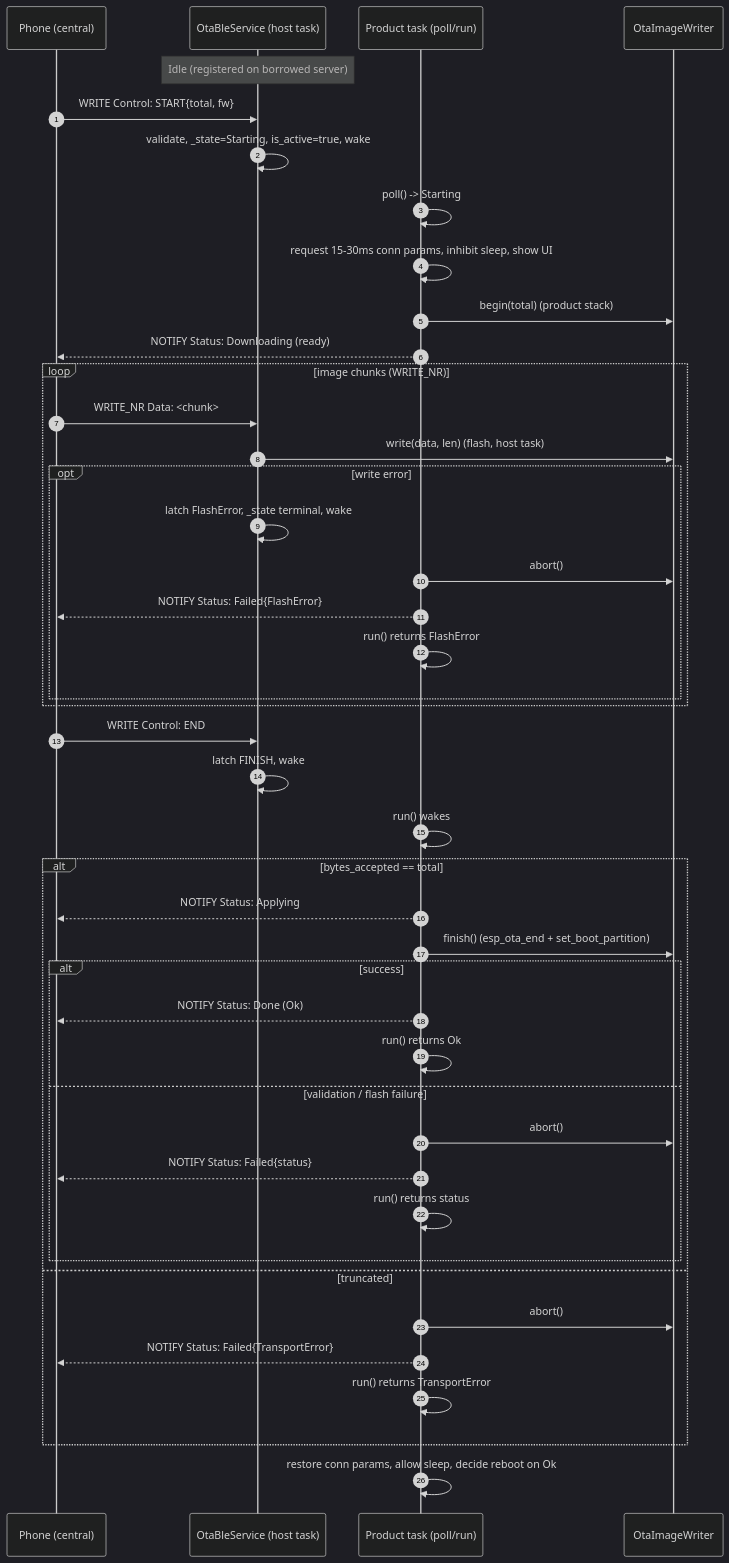
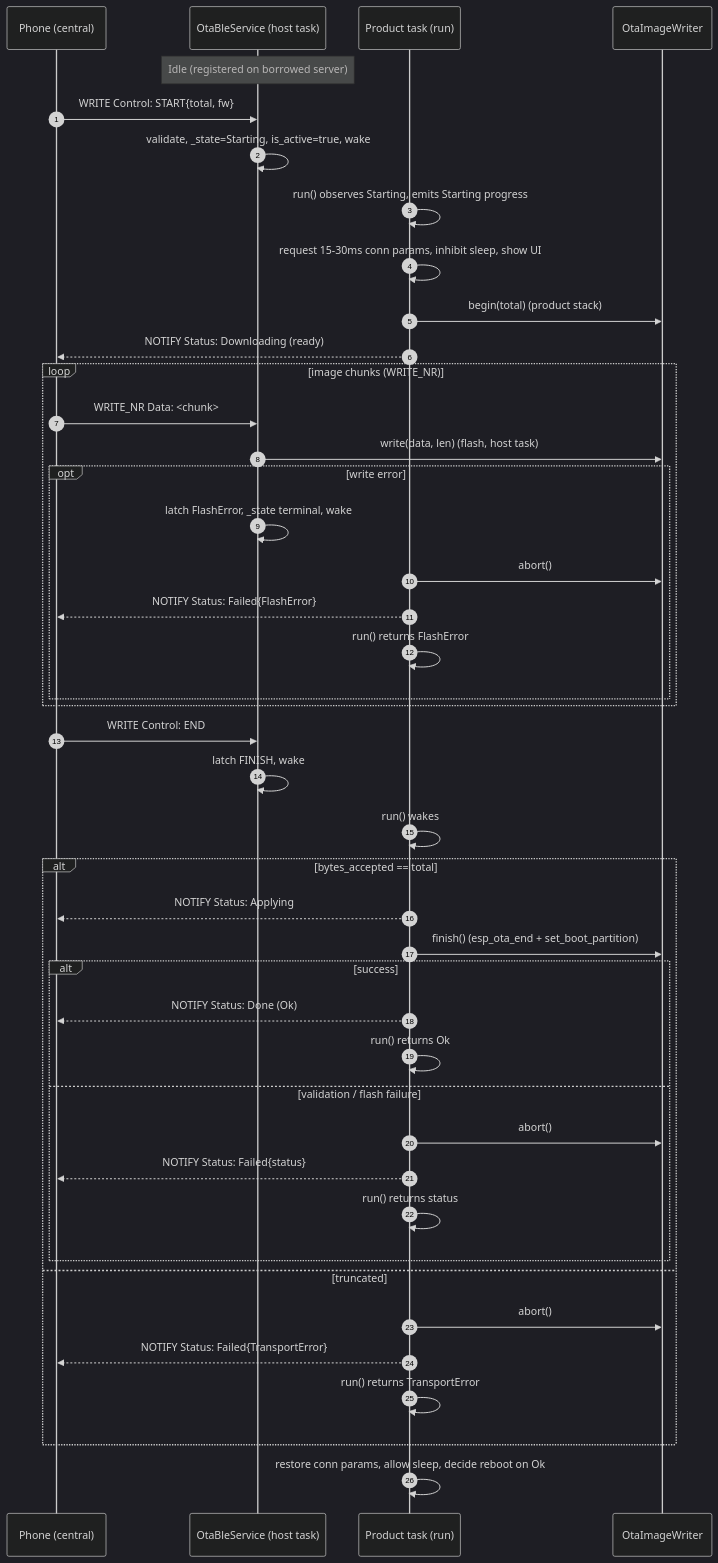
One commit to mattMRBH/firmware-core changed the third of 3 diagrams in components/airgradient-ota/spec-ble.md. Above: the diagram before and after it, drawn with Mermaid (dark theme). The commit also changed other lines of this file and 7 other files, not shown here.

First line of the commit message:
feat(ota)!: merge OtaBleService poll() into run()

````diff
--- a/components/airgradient-ota/spec-ble.md
+++ b/components/airgradient-ota/spec-ble.md
@@ -607,49 +613,49 @@
 ```mermaid
 sequenceDiagram
     autonumber
     participant Ph as Phone (central)
     participant CB as OtaBleService (host task)
-    participant PT as Product task (poll/run)
+    participant PT as Product task (run)
     participant W as OtaImageWriter
 
     Note over CB: Idle (registered on borrowed server)
 
     Ph->>CB: WRITE Control: START{total, fw}
     CB->>CB: validate, _state=Starting, is_active=true, wake
-    PT->>PT: poll() -> Starting
+    PT->>PT: run() observes Starting, emits Starting progress
     PT->>PT: request 15-30ms conn params, inhibit sleep, show UI
     PT->>W: begin(total)  (product stack)
     PT-->>Ph: NOTIFY Status: Downloading (ready)
 
     loop image chunks (WRITE_NR)
         Ph->>CB: WRITE_NR Data: <chunk>
         CB->>W: write(data, len)  (flash, host task)
         opt write error
             CB->>CB: latch FlashError, _state terminal, wake
             PT->>W: abort()
             PT-->>Ph: NOTIFY Status: Failed{FlashError}
             PT->>PT: run() returns FlashError
         end
     end
 
     Ph->>CB: WRITE Control: END
     CB->>CB: latch FINISH, wake
     PT->>PT: run() wakes
     alt bytes_accepted == total
         PT-->>Ph: NOTIFY Status: Applying
         PT->>W: finish()  (esp_ota_end + set_boot_partition)
         alt success
             PT-->>Ph: NOTIFY Status: Done (Ok)
             PT->>PT: run() returns Ok
         else validation / flash failure
             PT->>W: abort()
             PT-->>Ph: NOTIFY Status: Failed{status}
             PT->>PT: run() returns status
         end
     else truncated
         PT->>W: abort()
         PT-->>Ph: NOTIFY Status: Failed{TransportError}
         PT->>PT: run() returns TransportError
     end
     PT->>PT: restore conn params, allow sleep, decide reboot on Ok
 ```
````
